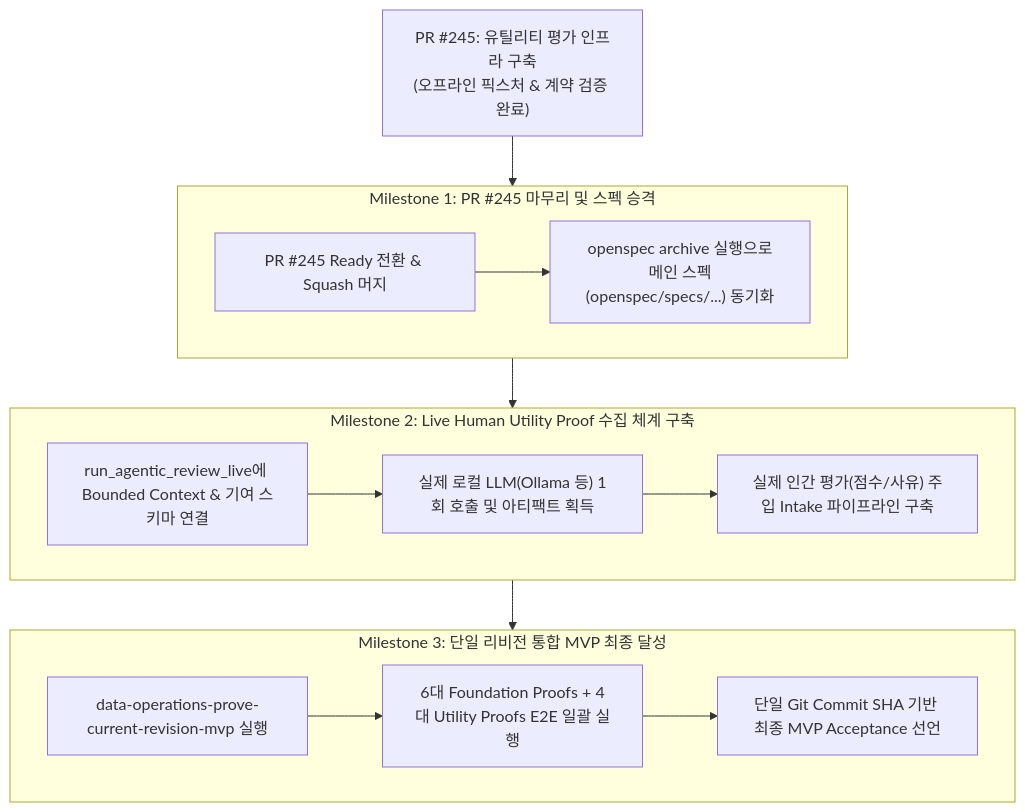
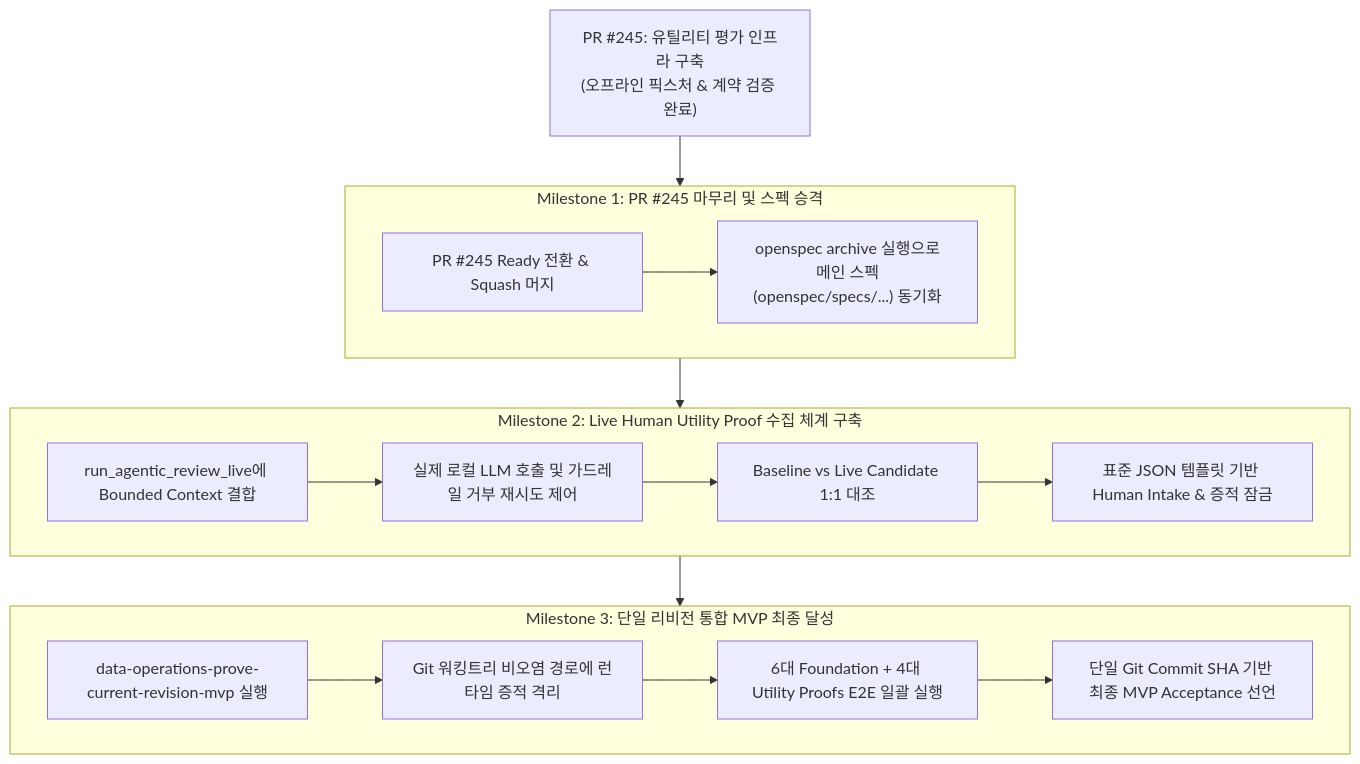
The diagram in inbox/github-245-review-ai-utility-evaluation/08-proposal-review-ai-next-milestones-and-mvp-completion.md (mols3131d/hmda-data-reliability), drawn with Mermaid before and after one commit. The commit also changed other lines of this file, not shown here.

First line of the commit message:
docs(review-ai): 마일스톤 제안서에 대조군 및 해시 안전 증적 설계 구체화

````diff
--- a/inbox/github-245-review-ai-utility-evaluation/08-proposal-review-ai-next-milestones-and-mvp-completion.md
+++ b/inbox/github-245-review-ai-utility-evaluation/08-proposal-review-ai-next-milestones-and-mvp-completion.md
@@ -38,27 +38,29 @@
 ```mermaid
 flowchart TD
     Current["PR #245: 유틸리티 평가 인프라 구축<br/>(오프라인 픽스처 & 계약 검증 완료)"] --> M1
 
     subgraph M1["Milestone 1: PR #245 마무리 및 스펙 승격"]
         M1_1["PR #245 Ready 전환 & Squash 머지"]
         M1_2["openspec archive 실행으로<br/>메인 스펙(openspec/specs/...) 동기화"]
         M1_1 --> M1_2
     end
 
     subgraph M2["Milestone 2: Live Human Utility Proof 수집 체계 구축"]
-        M2_1["run_agentic_review_live에 Bounded Context & 기여 스키마 연결"]
-        M2_2["실제 로컬 LLM(Ollama 등) 1회 호출 및 아티팩트 획득"]
-        M2_3["실제 인간 평가(점수/사유) 주입 Intake 파이프라인 구축"]
-        M2_1 --> M2_2 --> M2_3
+        M2_1["run_agentic_review_live에 Bounded Context 결합"]
+        M2_2["실제 로컬 LLM 호출 및 가드레일 거부 재시도 제어"]
+        M2_3["Baseline vs Live Candidate 1:1 대조"]
+        M2_4["표준 JSON 템플릿 기반 Human Intake & 증적 잠금"]
+        M2_1 --> M2_2 --> M2_3 --> M2_4
     end
 
     subgraph M3["Milestone 3: 단일 리비전 통합 MVP 최종 달성"]
         M3_1["data-operations-prove-current-revision-mvp 실행"]
-        M3_2["6대 Foundation Proofs + 4대 Utility Proofs E2E 일괄 실행"]
-        M3_3["단일 Git Commit SHA 기반 최종 MVP Acceptance 선언"]
-        M3_1 --> M3_2 --> M3_3
+        M3_2["Git 워킹트리 비오염 경로에 런타임 증적 격리"]
+        M3_3["6대 Foundation + 4대 Utility Proofs E2E 일괄 실행"]
+        M3_4["단일 Git Commit SHA 기반 최종 MVP Acceptance 선언"]
+        M3_1 --> M3_2 --> M3_3 --> M3_4
     end
 
     M1 --> M2
     M2 --> M3
 ```
````
